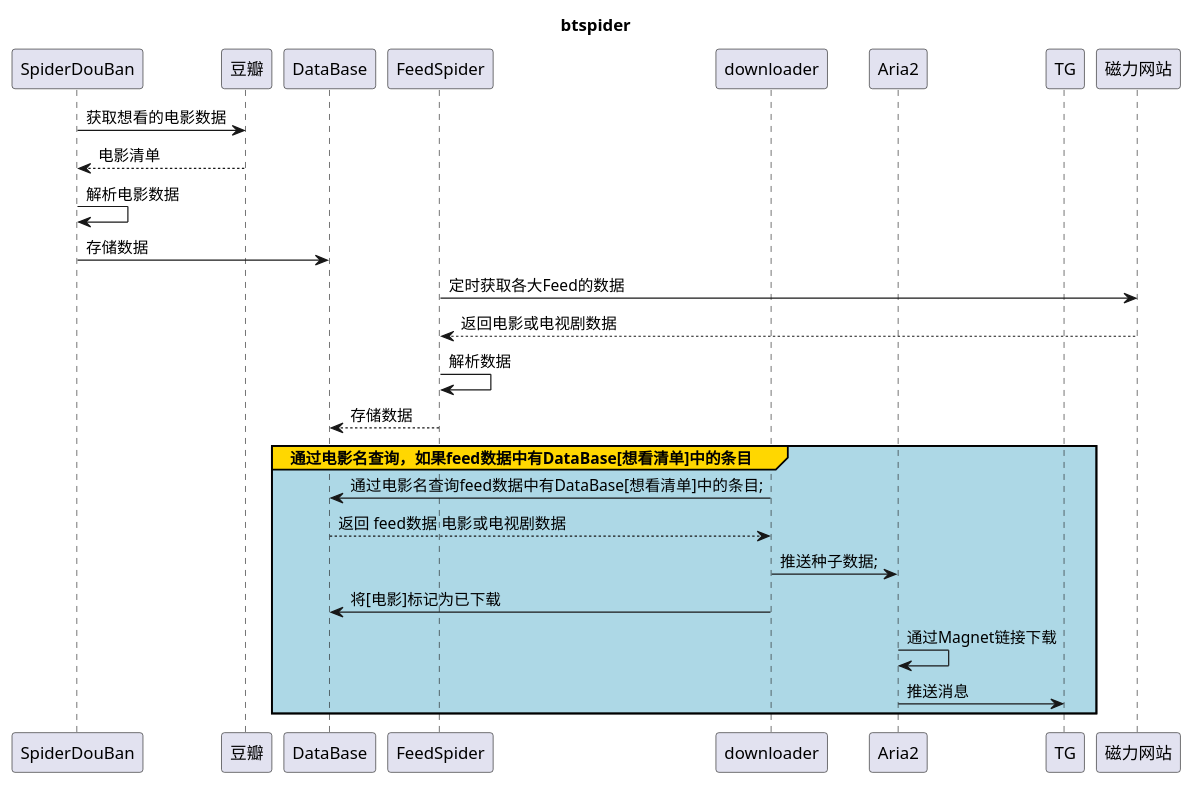
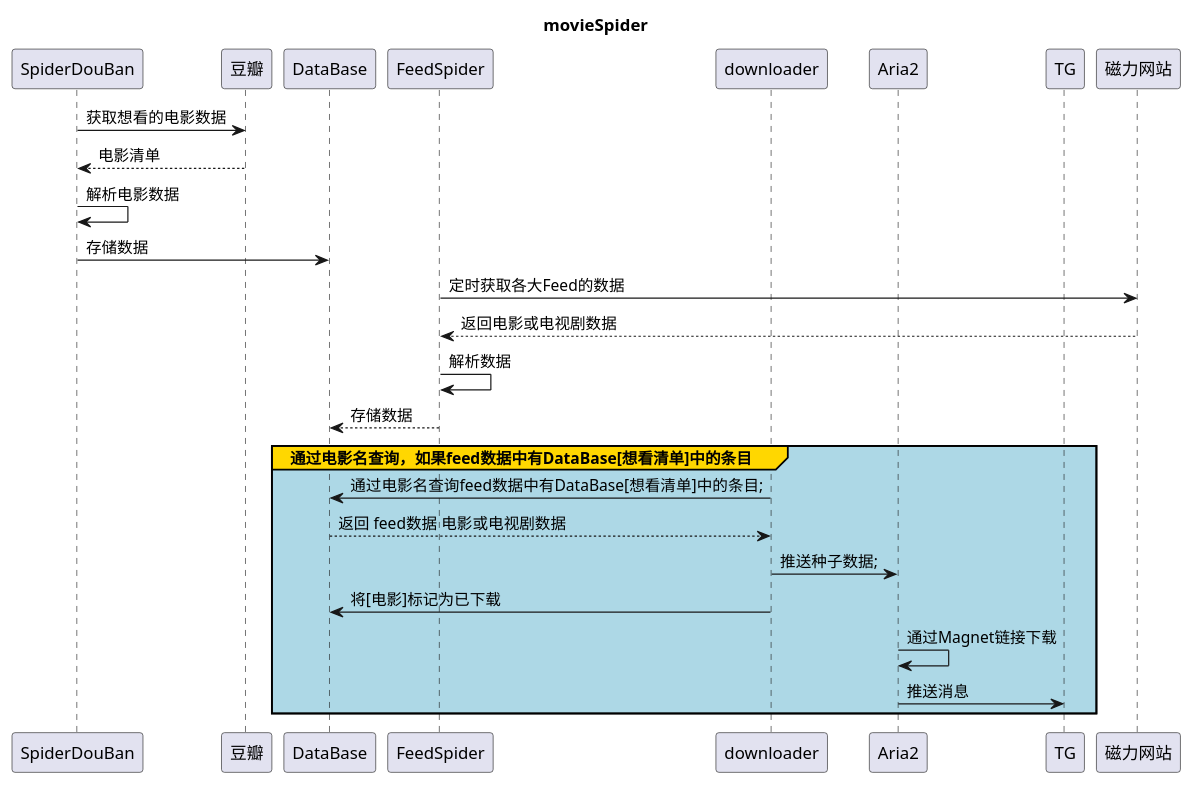
One commit to YouCD/movieSpider changed the diagram in doc/时序图.puml. Above: the diagram before and after it, drawn with PlantUML. The commit also changed 19 other files, not shown here.

```diff
--- a/doc/时序图.puml
+++ b/doc/时序图.puml
@@ -1,37 +1,37 @@
 @startuml
-title btspider
+title movieSpider
 
 participant SpiderDouBan
 participant 豆瓣
 participant DataBase
 
 participant FeedSpider
 participant downloader
 participant Aria2
 participant TG
 
 SpiderDouBan -> 豆瓣: 获取想看的电影数据
 豆瓣 --> SpiderDouBan: 电影清单
 SpiderDouBan -> SpiderDouBan: 解析电影数据
 SpiderDouBan -> DataBase: 存储数据
 
 FeedSpider -> 磁力网站: 定时获取各大Feed的数据
 磁力网站 --> FeedSpider: 返回电影或电视剧数据
 FeedSpider -> FeedSpider: 解析数据
 
 FeedSpider --> DataBase: 存储数据
 group#Gold #LightBlue 通过电影名查询，如果feed数据中有DataBase[想看清单]中的条目
     downloader -> DataBase: 通过电影名查询feed数据中有DataBase[想看清单]中的条目;
     DataBase-->downloader: 返回 feed数据 电影或电视剧数据
     downloader -> Aria2: 推送种子数据;
     downloader -> DataBase: 将[电影]标记为已下载
     Aria2 -> Aria2: 通过Magnet链接下载
     Aria2 -> TG: 推送消息
 end
 
 
 
 
 
 
 @enduml
```
